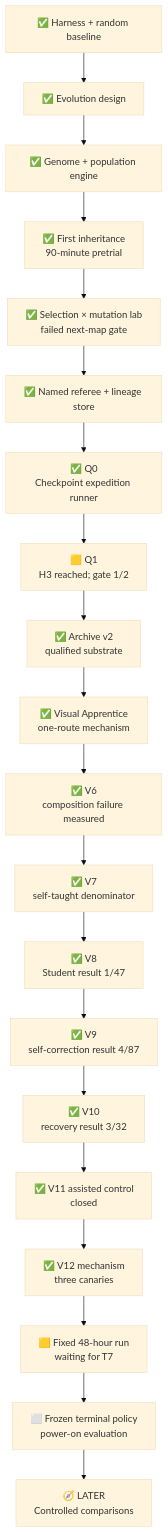
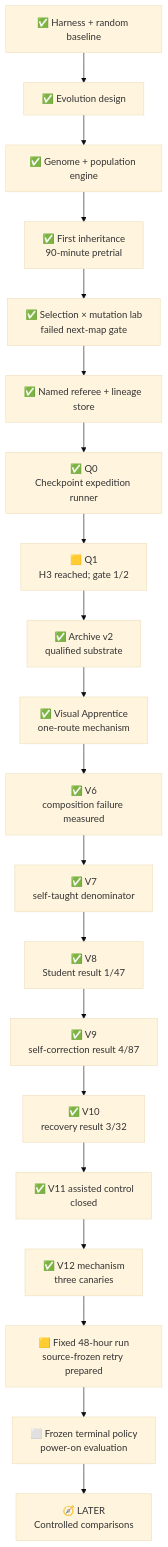
Before and after one commit to PeteAndrews1289/pokemon-red-ai: the diagram in docs/roadmap.md, drawn with Mermaid (base theme). The commit also changed 12 other files, not shown here.

````diff
--- a/docs/roadmap.md
+++ b/docs/roadmap.md
@@ -175,22 +175,22 @@
 ```mermaid
 flowchart TD
     P0["✅ Harness + random baseline"] --> EV0["✅ Evolution design"]
     EV0 --> EV1["✅ Genome + population engine"]
     EV1 --> PRE["✅ First inheritance<br/>90-minute pretrial"]
     PRE --> LAB["✅ Selection × mutation lab<br/>failed next-map gate"]
     LAB --> REF["✅ Named referee + lineage store"]
     REF --> P1["✅ Q0<br/>Checkpoint expedition runner"]
     P1 --> Q1["🟨 Q1<br/>H3 reached; gate 1/2"]
     Q1 --> SC["✅ Archive v2<br/>qualified substrate"]
     SC --> VA["✅ Visual Apprentice<br/>one-route mechanism"]
     VA --> V6["✅ V6<br/>composition failure measured"]
     V6 --> V7["✅ V7<br/>self-taught denominator"]
     V7 --> V8["✅ V8<br/>Student result 1/47"]
     V8 --> V9["✅ V9<br/>self-correction result 4/87"]
     V9 --> V10["✅ V10<br/>recovery result 3/32"]
     V10 --> V11["✅ V11 assisted control<br/>closed"]
     V11 --> V12["✅ V12 mechanism<br/>three canaries"]
-    V12 --> RUN["🟨 Fixed 48-hour run<br/>waiting for T7"]
+    V12 --> RUN["🟨 Fixed 48-hour run<br/>source-frozen retry prepared"]
     RUN --> HOF["⬜ Frozen terminal policy<br/>power-on evaluation"]
     HOF --> AB["🧭 LATER<br/>Controlled comparisons"]
 ```
````
